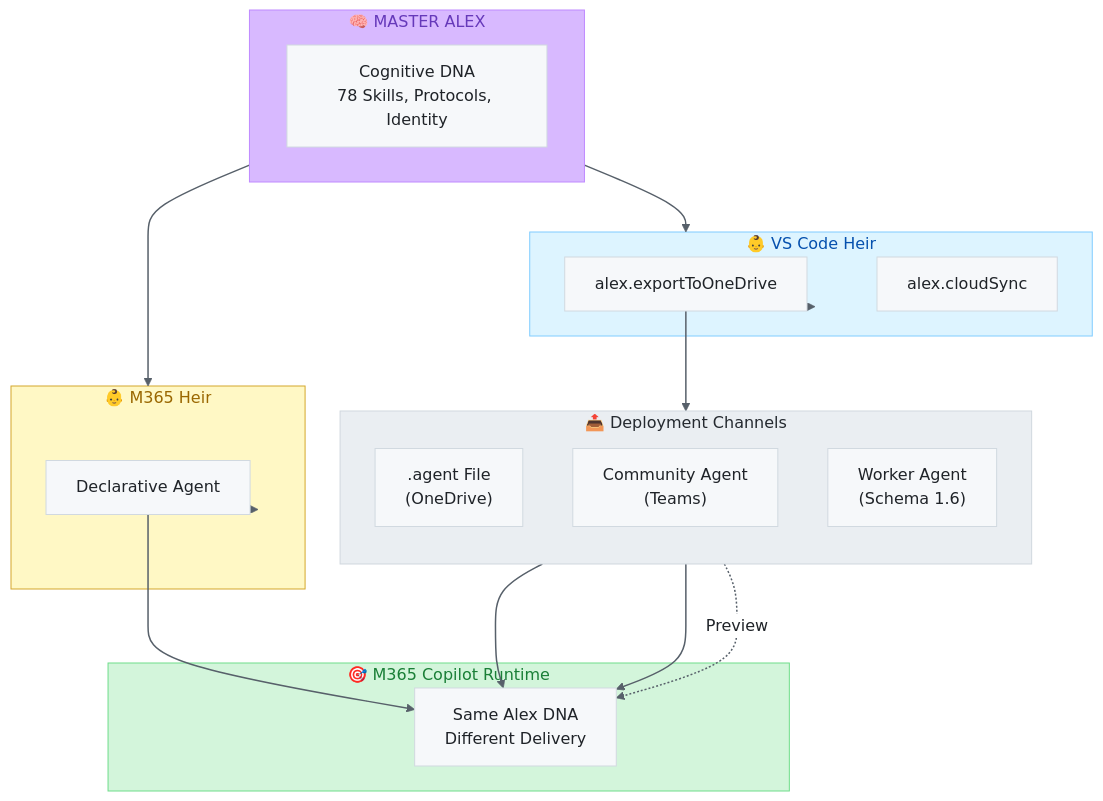
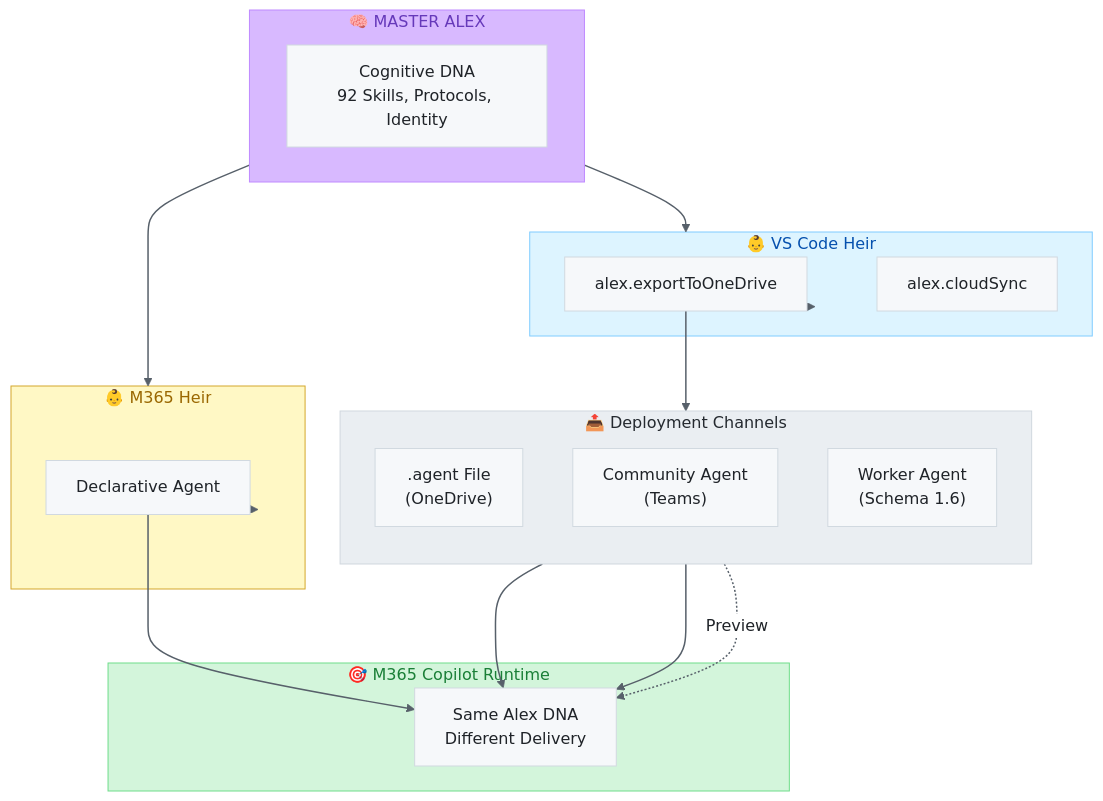
Before and after one commit to fabioc-aloha/Alex_Plug_In: the diagram in platforms/m365-copilot/README.md, drawn with Mermaid. The commit also changed 102 other files, not shown here.

````diff
--- a/platforms/m365-copilot/README.md
+++ b/platforms/m365-copilot/README.md
@@ -222,43 +222,43 @@
 ```mermaid
 %%{init: {'theme': 'base', 'themeVariables': { 'primaryColor': '#f6f8fa', 'primaryTextColor': '#1f2328', 'primaryBorderColor': '#d1d9e0', 'lineColor': '#656d76', 'secondaryColor': '#f6f8fa', 'tertiaryColor': '#ffffff', 'background': '#ffffff', 'mainBkg': '#f6f8fa', 'nodeBorder': '#d1d9e0', 'edgeLabelBackground': '#fff'}}}%%
 flowchart TB
     subgraph Master["🧠 MASTER ALEX"]
-        DNA["Cognitive DNA<br/>78 Skills, Protocols, Identity"]
+        DNA["Cognitive DNA<br/>92 Skills, Protocols, Identity"]
     end
 
     subgraph VSCode["👶 VS Code Heir"]
         Export["alex.exportToOneDrive"]
         Cloud["alex.cloudSync"]
     end
 
     subgraph M365["👶 M365 Heir"]
         DA["Declarative Agent"]
     end
 
     subgraph Channels["📤 Deployment Channels"]
         direction TB
         ODA[".agent File<br/>(OneDrive)"]
         CA["Community Agent<br/>(Teams)"]
         WA["Worker Agent<br/>(Schema 1.6)"]
     end
 
     subgraph Runtime["🎯 M365 Copilot Runtime"]
         COP["Same Alex DNA<br/>Different Delivery"]
     end
 
     Master --> VSCode
     Master --> M365
     VSCode --> Export --> ODA
     M365 --> DA
     DA --> COP
     ODA --> COP
     CA --> COP
     WA -.->|"Preview"| COP
 
     style Master fill:#d8b9ff,color:#6639ba,stroke:#bf8aff
     style VSCode fill:#ddf4ff,color:#0550ae,stroke:#80ccff
     style M365 fill:#fff8c5,color:#9a6700,stroke:#d4a72c
     style Channels fill:#eaeef2,color:#24292f,stroke:#d0d7de
     style Runtime fill:#d3f5db,color:#1a7f37,stroke:#6fdd8b
     linkStyle default stroke:#57606a,stroke-width:1.5px
 ```
````
